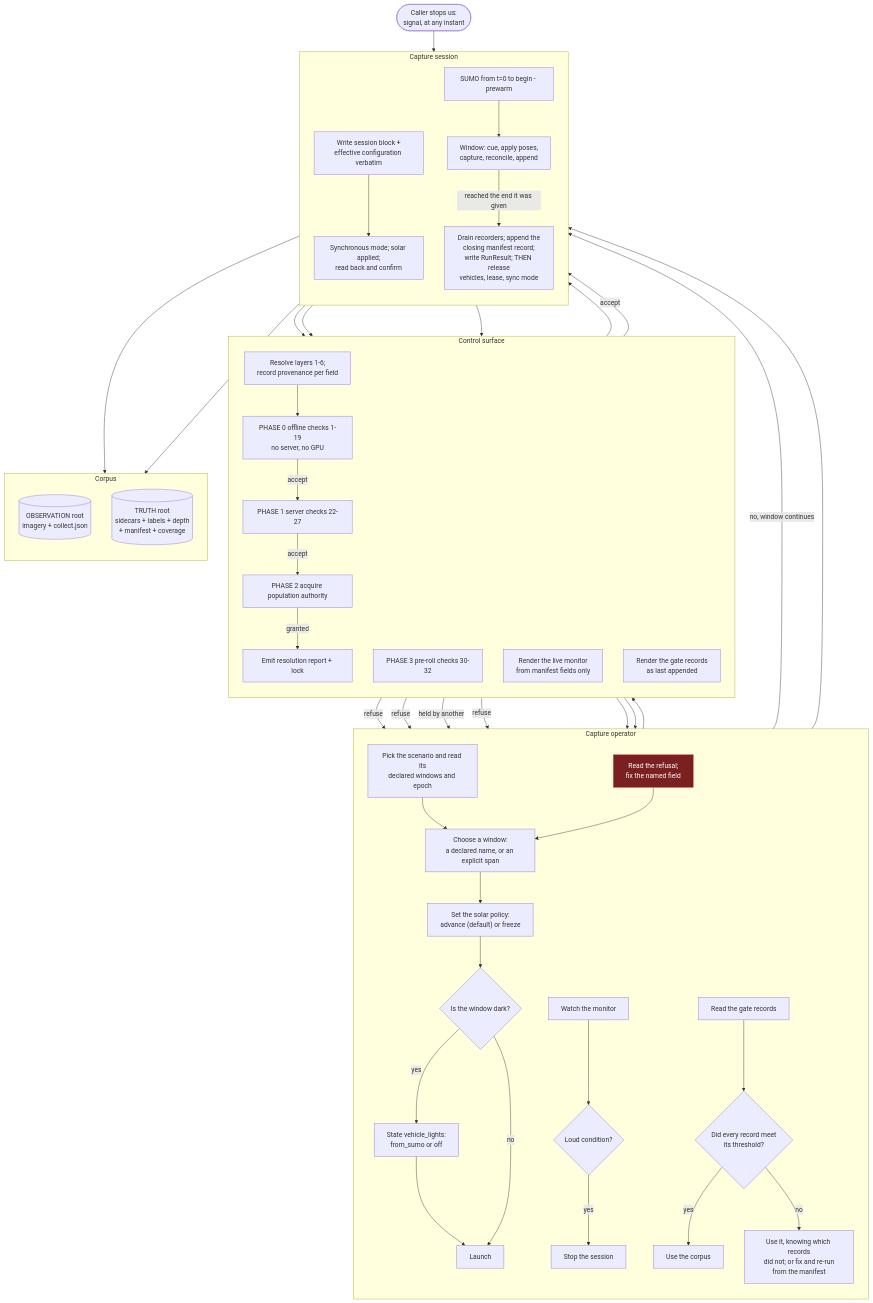
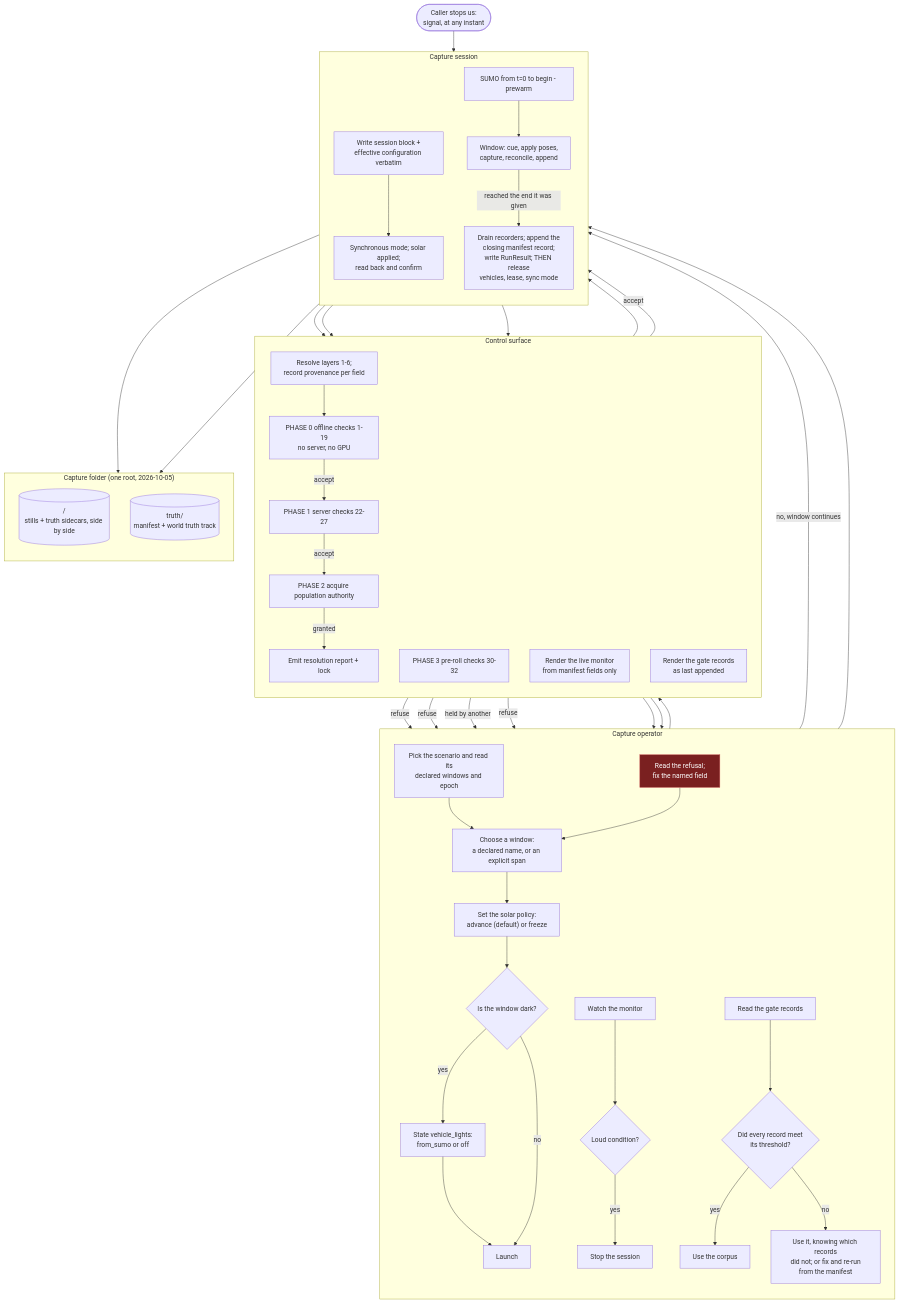
Before and after one commit to sbrett9/carla: the fourth of 4 diagrams in Docs/CAT_Research/Plans/SUMO_Behavioral_Capture/12_Operator_Control_Surface.md, drawn with Mermaid. The commit also changed other lines of this file and 8 other files, not shown here.

````diff
--- a/Docs/CAT_Research/Plans/SUMO_Behavioral_Capture/12_Operator_Control_Surface.md
+++ b/Docs/CAT_Research/Plans/SUMO_Behavioral_Capture/12_Operator_Control_Surface.md
@@ -2240,74 +2241,74 @@
 ```mermaid
 flowchart TB
     subgraph OP["Capture operator"]
         direction TB
         O1["Pick the scenario and read its<br/>declared windows and epoch"]
         O2["Choose a window:<br/>a declared name, or an explicit span"]
         O3["Set the solar policy:<br/>advance (default) or freeze"]
         O4{"Is the window dark?"}
         O5["State vehicle_lights:<br/>from_sumo or off"]
         O6["Launch"]
         O7["Read the refusal;<br/>fix the named field"]
         O8["Watch the monitor"]
         O9{"Loud condition?"}
         O10["Stop the session"]
         O11["Read the gate records"]
         O12{"Did every record meet<br/>its threshold?"}
         O13["Use the corpus"]
         O14["Use it, knowing which records<br/>did not; or fix and re-run<br/>from the manifest"]
     end
 
     subgraph CS["Control surface"]
         direction TB
         C1["Resolve layers 1-6;<br/>record provenance per field"]
         C2["PHASE 0 offline checks 1-19<br/>no server, no GPU"]
         C3["PHASE 1 server checks 22-27"]
         C4["PHASE 2 acquire population authority"]
         C5["PHASE 3 pre-roll checks 30-32"]
         C6["Emit resolution report + lock"]
         C7["Render the live monitor<br/>from manifest fields only"]
         C8["Render the gate records<br/>as last appended"]
     end
 
     subgraph SESS["Capture session"]
         direction TB
         S1["Write session block +<br/>effective configuration verbatim"]
         S2["Synchronous mode; solar applied;<br/>read back and confirm"]
         S3["SUMO from t=0 to begin - prewarm"]
         S4["Window: cue, apply poses,<br/>capture, reconcile, append"]
         S5["Drain recorders; append the<br/>closing manifest record;<br/>write RunResult; THEN release<br/>vehicles, lease, sync mode"]
     end
 
-    subgraph CORP["Corpus"]
+    subgraph CORP["Capture folder (one root, 2026-10-05)"]
         direction TB
-        P1[("OBSERVATION root<br/>imagery + collect.json")]
-        P2[("TRUTH root<br/>sidecars + labels + depth<br/>+ manifest + coverage")]
+        P1[("<sensor_id>/<br/>stills + truth sidecars, side by side")]
+        P2[("truth/<br/>manifest + world truth track")]
     end
 
     O1 --> O2 --> O3 --> O4
     O4 -->|"yes"| O5 --> O6
     O4 -->|"no"| O6
     O6 --> C1 --> C2
     C2 -->|"refuse"| O7 --> O2
     C2 -->|"accept"| C3
     C3 -->|"refuse"| O7
     C3 -->|"accept"| C4
     C4 -->|"held by another"| O7
     C4 -->|"granted"| C6 --> S1 --> S2 --> C5
     C5 -->|"refuse"| O7
     C5 -->|"accept"| S3 --> S4
     S4 --> C7 --> O8 --> O9
     O9 -->|"yes"| O10
     O9 -->|"no, window continues"| S4
     S4 -->|"reached the end it was given"| S5
     O10 --> S5
     KILL(["Caller stops us:<br/>signal, at any instant"]) --> S5
     S4 --> P1
     S4 --> P2
     S5 --> C8 --> O11 --> O12
     O12 -->|"yes"| O13
     O12 -->|"no"| O14
 
     classDef refusal fill:#7a2020,stroke:#d06060,color:#fff
     class O7 refusal
 ```
````
